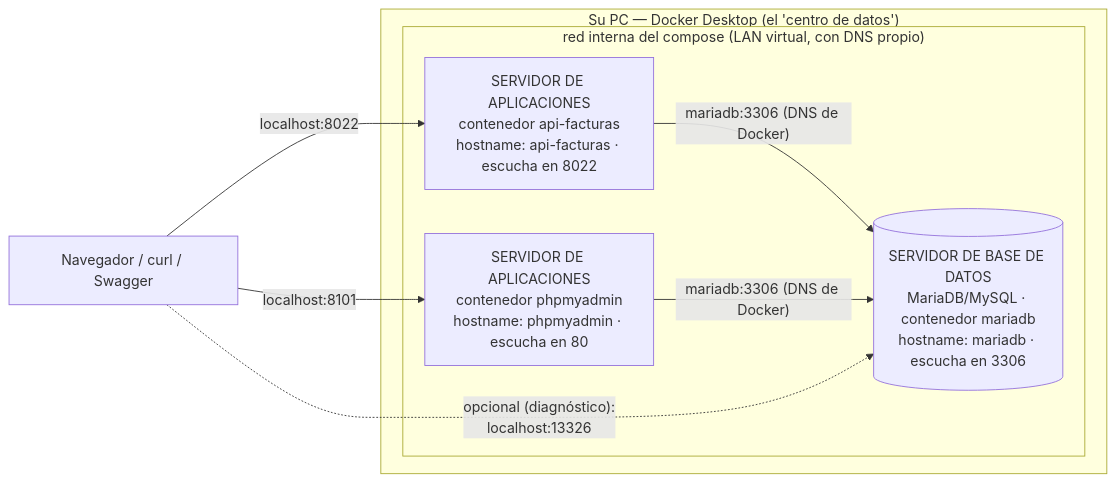
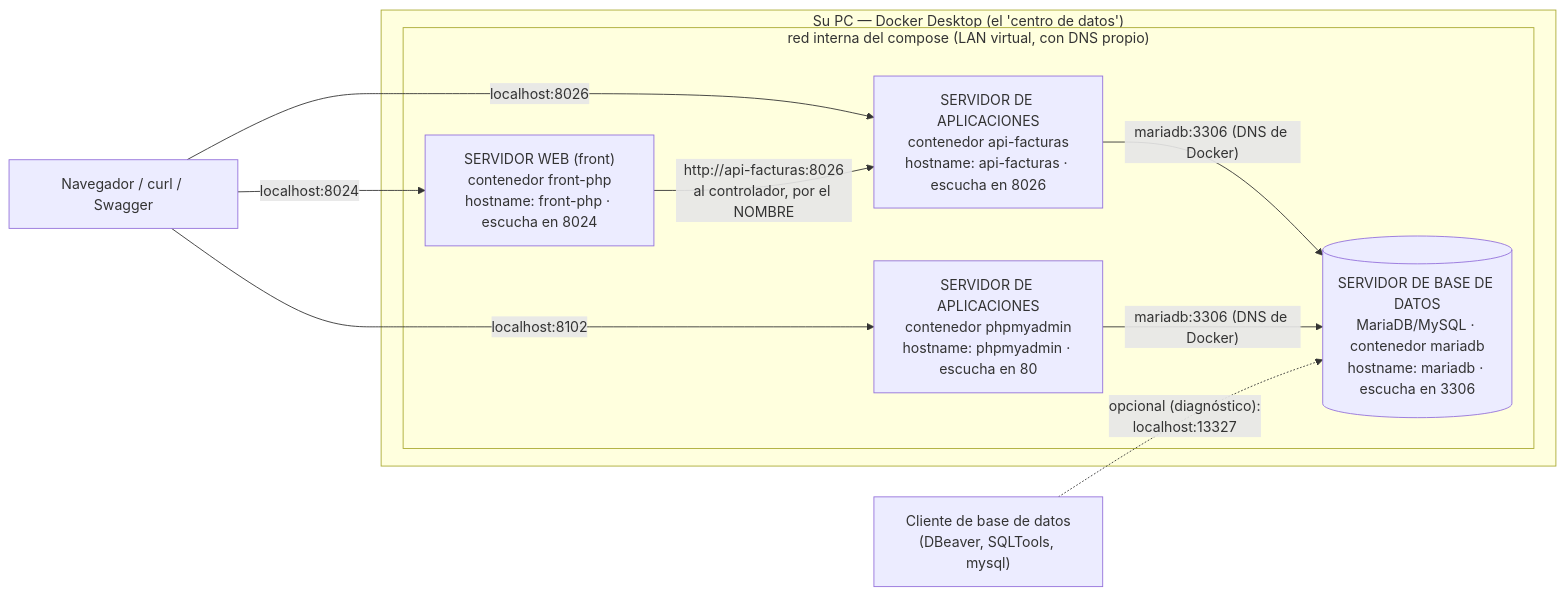
Before and after one commit to ccastro2050/proyecto_php2: the first of 2 diagrams in docs/CONCEPTOS_DOCKER.md, drawn with Mermaid. The commit also changed other lines of this file, not shown here.

First line of the commit message:
docs(docker): el diagrama sale del docker-compose real, y ninguna flecha miente

````diff
--- a/docs/CONCEPTOS_DOCKER.md
+++ b/docs/CONCEPTOS_DOCKER.md
@@ -196,16 +196,20 @@
 ```mermaid
 flowchart LR
     NAV["Navegador / curl / Swagger"]
+    CLIENTE["Cliente de base de datos<br/>(DBeaver, SQLTools, mysql)"]
     subgraph PC["Su PC — Docker Desktop (el 'centro de datos')"]
         subgraph RED["red interna del compose (LAN virtual, con DNS propio)"]
-            APIFACTURAS["SERVIDOR DE APLICACIONES<br/>contenedor api-facturas<br/>hostname: api-facturas · escucha en 8022"]
+            FRONTPHP["SERVIDOR WEB (front)<br/>contenedor front-php<br/>hostname: front-php · escucha en 8024"]
+            APIFACTURAS["SERVIDOR DE APLICACIONES<br/>contenedor api-facturas<br/>hostname: api-facturas · escucha en 8026"]
             PHPMYADMIN["SERVIDOR DE APLICACIONES<br/>contenedor phpmyadmin<br/>hostname: phpmyadmin · escucha en 80"]
             MARIADB[("SERVIDOR DE BASE DE DATOS<br/>MariaDB/MySQL · contenedor mariadb<br/>hostname: mariadb · escucha en 3306")]
         end
     end
-    NAV -->|"localhost:8022"| APIFACTURAS
-    NAV -->|"localhost:8101"| PHPMYADMIN
+    NAV -->|"localhost:8026"| APIFACTURAS
+    NAV -->|"localhost:8024"| FRONTPHP
+    NAV -->|"localhost:8102"| PHPMYADMIN
     APIFACTURAS -->|"mariadb:3306 (DNS de Docker)"| MARIADB
+    FRONTPHP -->|"http://api-facturas:8026<br/>al controlador, por el NOMBRE"| APIFACTURAS
     PHPMYADMIN -->|"mariadb:3306 (DNS de Docker)"| MARIADB
-    NAV -.->|"opcional (diagnóstico):<br/>localhost:13326"| MARIADB
+    CLIENTE -.->|"opcional (diagnóstico):<br/>localhost:13327"| MARIADB
 ```
````
